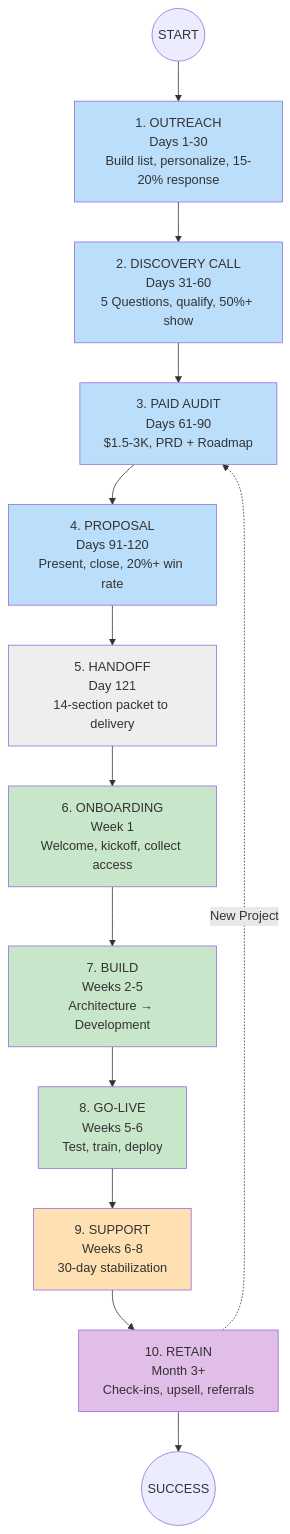
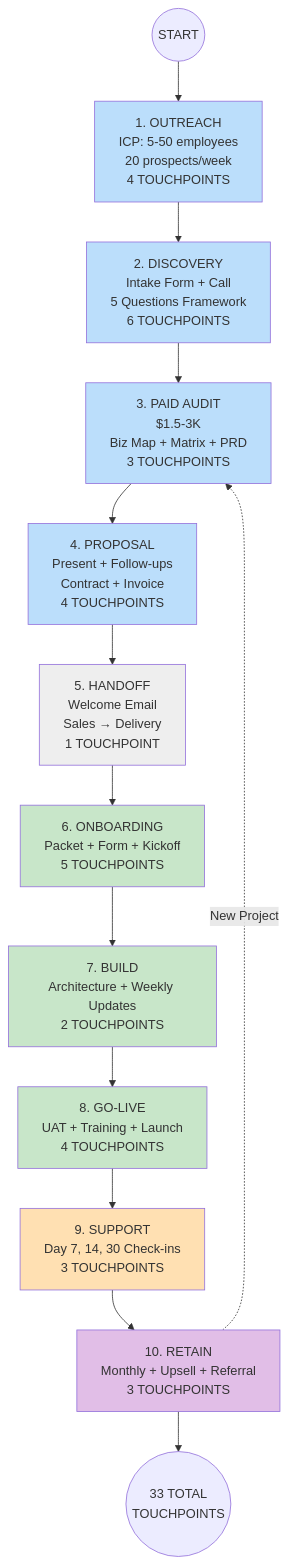
The third of 3 diagrams in customer-journey-mermaid.md (mekaielabdullahi/ai-agency-sales-os), drawn with Mermaid before and after one commit. The commit also changed other lines of this file, not shown here.

First line of the commit message:
Update customer journey with touchpoints for automation

````diff
--- a/customer-journey-mermaid.md
+++ b/customer-journey-mermaid.md
@@ -160,47 +224,47 @@
 ```mermaid
 flowchart TB
     START((START)) --> S1
 
-    S1[1. OUTREACH<br/>Days 1-30<br/>Build list, personalize, 15-20% response]
+    S1[1. OUTREACH<br/>ICP: 5-50 employees<br/>20 prospects/week<br/>4 TOUCHPOINTS]
     S1 --> S2
 
-    S2[2. DISCOVERY CALL<br/>Days 31-60<br/>5 Questions, qualify, 50%+ show]
+    S2[2. DISCOVERY<br/>Intake Form + Call<br/>5 Questions Framework<br/>6 TOUCHPOINTS]
     S2 --> S3
 
-    S3[3. PAID AUDIT<br/>Days 61-90<br/>$1.5-3K, PRD + Roadmap]
+    S3[3. PAID AUDIT<br/>$1.5-3K<br/>Biz Map + Matrix + PRD<br/>3 TOUCHPOINTS]
     S3 --> S4
 
-    S4[4. PROPOSAL<br/>Days 91-120<br/>Present, close, 20%+ win rate]
+    S4[4. PROPOSAL<br/>Present + Follow-ups<br/>Contract + Invoice<br/>4 TOUCHPOINTS]
     S4 --> S5
 
-    S5[5. HANDOFF<br/>Day 121<br/>14-section packet to delivery]
+    S5[5. HANDOFF<br/>Welcome Email<br/>Sales → Delivery<br/>1 TOUCHPOINT]
     S5 --> S6
 
-    S6[6. ONBOARDING<br/>Week 1<br/>Welcome, kickoff, collect access]
+    S6[6. ONBOARDING<br/>Packet + Form + Kickoff<br/>5 TOUCHPOINTS]
     S6 --> S7
 
-    S7[7. BUILD<br/>Weeks 2-5<br/>Architecture → Development]
+    S7[7. BUILD<br/>Architecture + Weekly Updates<br/>2 TOUCHPOINTS]
     S7 --> S8
 
-    S8[8. GO-LIVE<br/>Weeks 5-6<br/>Test, train, deploy]
+    S8[8. GO-LIVE<br/>UAT + Training + Launch<br/>4 TOUCHPOINTS]
     S8 --> S9
 
-    S9[9. SUPPORT<br/>Weeks 6-8<br/>30-day stabilization]
+    S9[9. SUPPORT<br/>Day 7, 14, 30 Check-ins<br/>3 TOUCHPOINTS]
     S9 --> S10
 
-    S10[10. RETAIN<br/>Month 3+<br/>Check-ins, upsell, referrals]
+    S10[10. RETAIN<br/>Monthly + Upsell + Referral<br/>3 TOUCHPOINTS]
     S10 -.->|New Project| S3
 
-    S10 --> SUCCESS((SUCCESS))
+    S10 --> SUCCESS((33 TOTAL<br/>TOUCHPOINTS))
 
     style S1 fill:#bbdefb
     style S2 fill:#bbdefb
     style S3 fill:#bbdefb
     style S4 fill:#bbdefb
     style S5 fill:#eeeeee
     style S6 fill:#c8e6c9
     style S7 fill:#c8e6c9
     style S8 fill:#c8e6c9
     style S9 fill:#ffe0b2
     style S10 fill:#e1bee7
 ```
````
